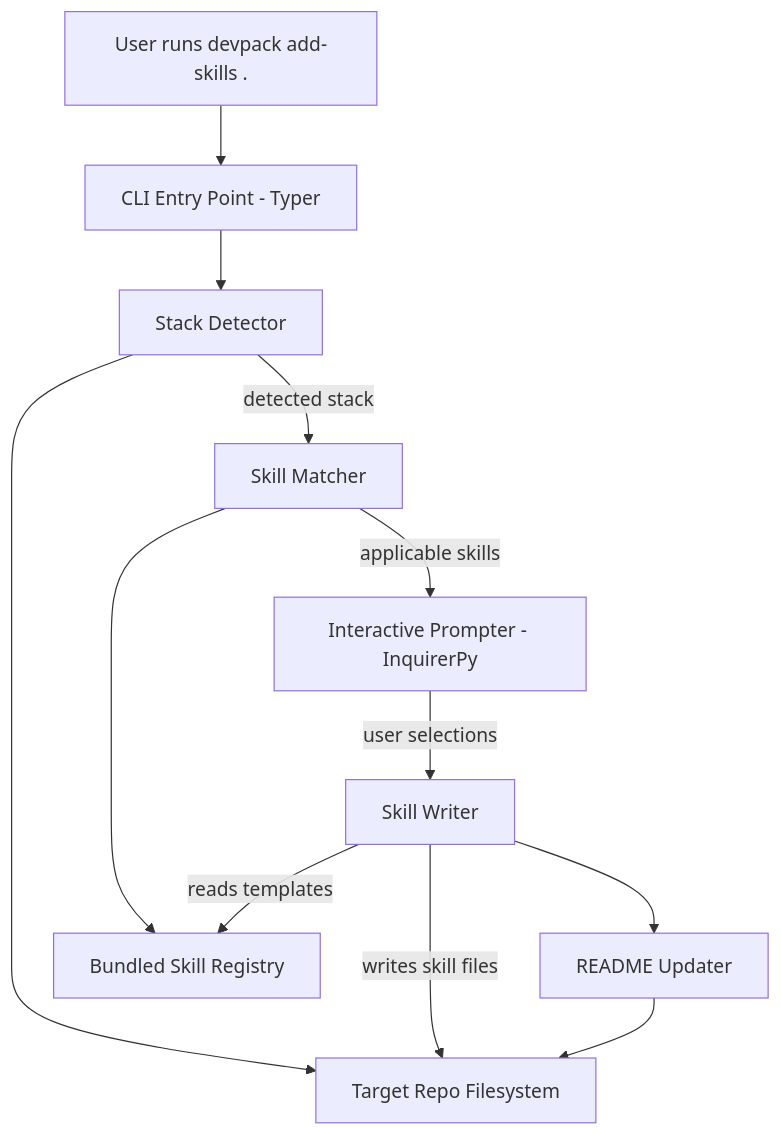
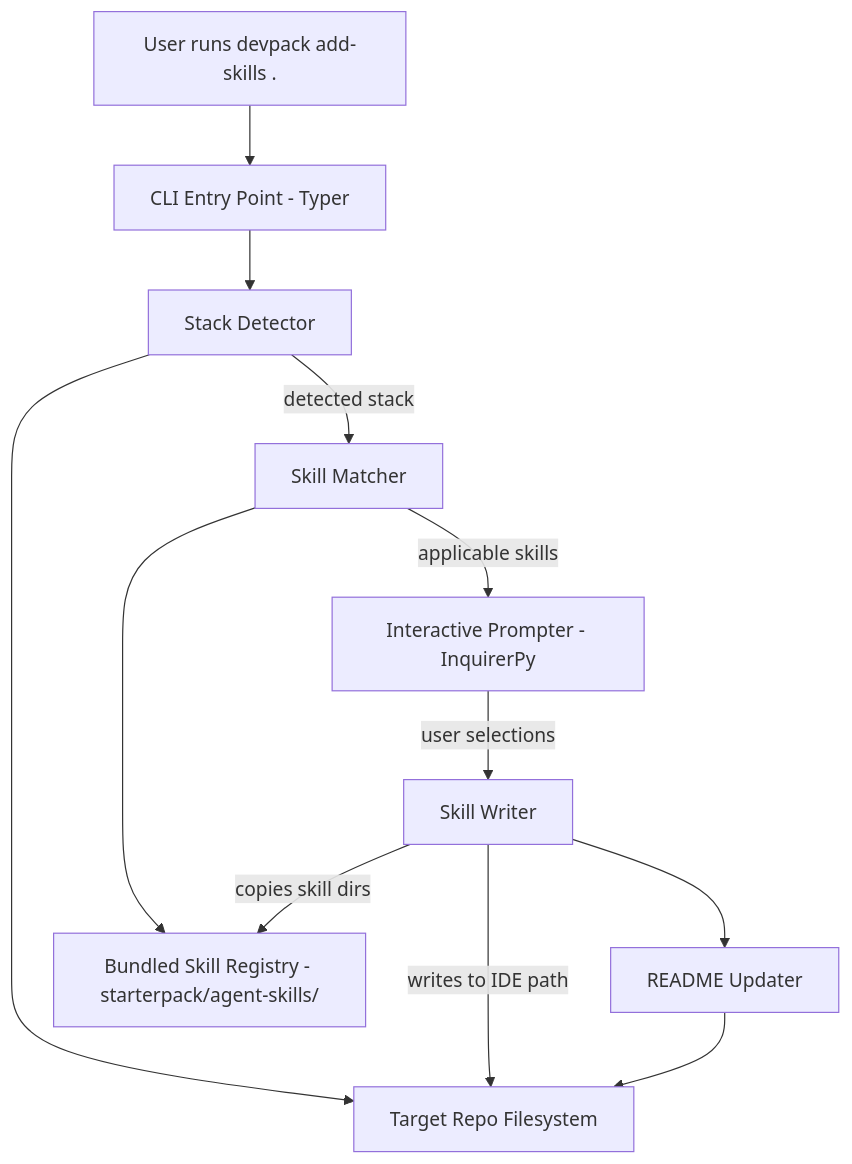
One commit to diegojramirezs7/devpack changed the first of 2 diagrams in docs/system-design.md. Above: the diagram before and after it, drawn with Mermaid. The commit also changed other lines of this file and 121 other files, not shown here.

````diff
--- a/docs/system-design.md
+++ b/docs/system-design.md
@@ -7,14 +7,14 @@
 ```mermaid
 graph TD
     User[User runs devpack add-skills .] --> CLI[CLI Entry Point - Typer]
     CLI --> Detector[Stack Detector]
     Detector --> RepoFS[Target Repo Filesystem]
     Detector -->|detected stack| Matcher[Skill Matcher]
-    Matcher --> Registry[Bundled Skill Registry]
+    Matcher --> Registry[Bundled Skill Registry - starterpack/agent-skills/]
     Matcher -->|applicable skills| Prompter[Interactive Prompter - InquirerPy]
     Prompter -->|user selections| Writer[Skill Writer]
-    Writer -->|reads templates| Registry
-    Writer -->|writes skill files| RepoFS
+    Writer -->|copies skill dirs| Registry
+    Writer -->|writes to IDE path| RepoFS
     Writer --> ReadmeUpdater[README Updater]
     ReadmeUpdater --> RepoFS
 ```
````
